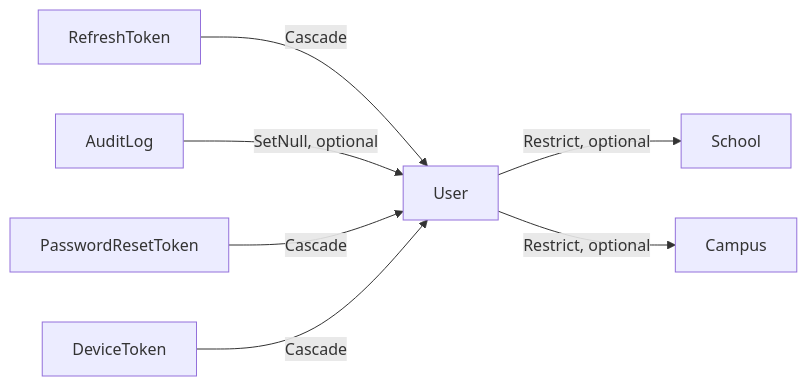
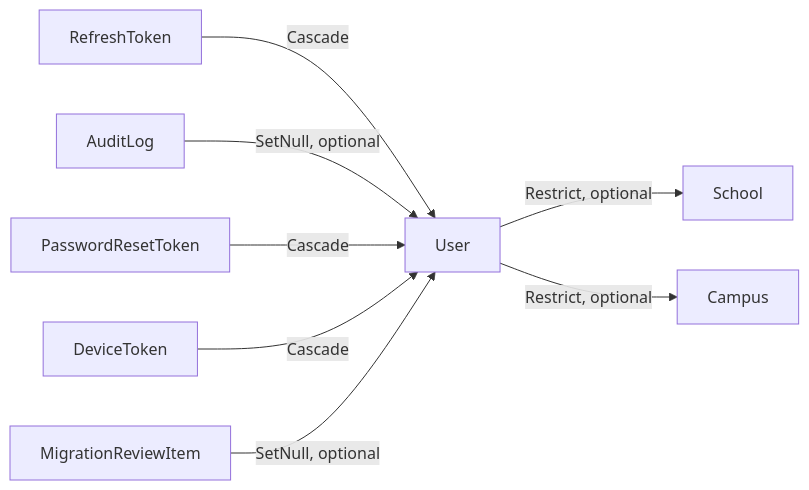
Before and after one commit to zainknoman/SchoolOS: the first of 7 diagrams in docs/database/ERD.md, drawn with Mermaid. The commit also changed other lines of this file and 34 other files, not shown here.

````diff
--- a/docs/database/ERD.md
+++ b/docs/database/ERD.md
@@ -8,9 +8,10 @@
 ```mermaid
 flowchart LR
   User -->|Restrict, optional| School
   User -->|Restrict, optional| Campus
   RefreshToken -->|Cascade| User
   AuditLog -->|SetNull, optional| User
   PasswordResetToken -->|Cascade| User
   DeviceToken -->|Cascade| User
+  MigrationReviewItem -->|SetNull, optional| User
 ```
````
